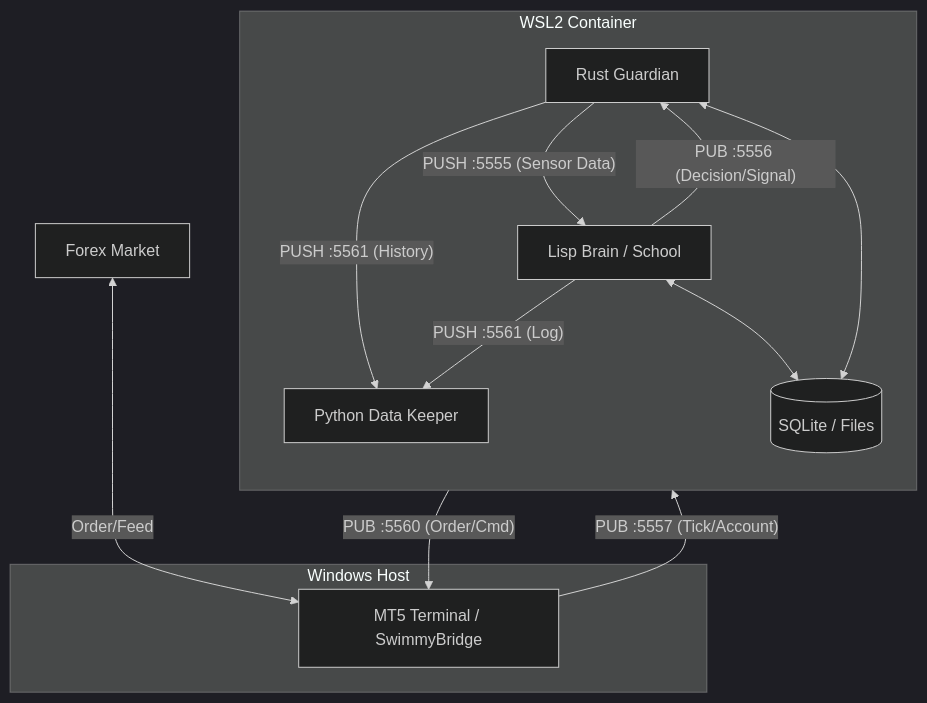
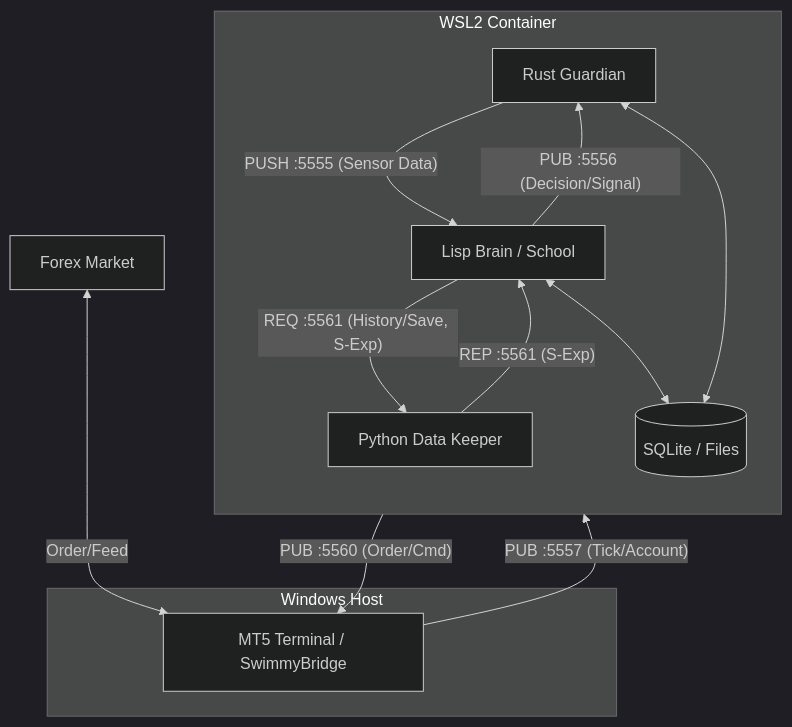
One commit to gethinu/swimmy-fx-tribe changed the diagram in docs/llm/ARCHITECTURE.md. Above: the diagram before and after it, drawn with Mermaid (dark theme). The commit also changed other lines of this file and 5 other files, not shown here.

````diff
--- a/docs/llm/ARCHITECTURE.md
+++ b/docs/llm/ARCHITECTURE.md
@@ -4,28 +4,28 @@
 ```mermaid
 graph TD
     Market[Forex Market] <-->|Order/Feed| MT5[MT5 Terminal / SwimmyBridge]
     
     subgraph Windows Host
         MT5
     end
     
     subgraph WSL2 Container
         direction TB
         Rust[Rust Guardian]
         Lisp[Lisp Brain / School]
         DataKeeper[Python Data Keeper]
         DB[(SQLite / Files)]
     end
 
     MT5 -- "PUB :5557 (Tick/Account)" --> Rust
     Rust -- "PUB :5560 (Order/Cmd)" --> MT5
     
     Rust -- "PUSH :5555 (Sensor Data)" --> Lisp
     Lisp -- "PUB :5556 (Decision/Signal)" --> Rust
     
-    Rust -- "PUSH :5561 (History)" --> DataKeeper
-    Lisp -- "PUSH :5561 (Log)" --> DataKeeper
+    Lisp -- "REQ :5561 (History/Save, S-Exp)" --> DataKeeper
+    DataKeeper -- "REP :5561 (S-Exp)" --> Lisp
     
     Lisp <--> DB
     Rust <--> DB
 ```
````
